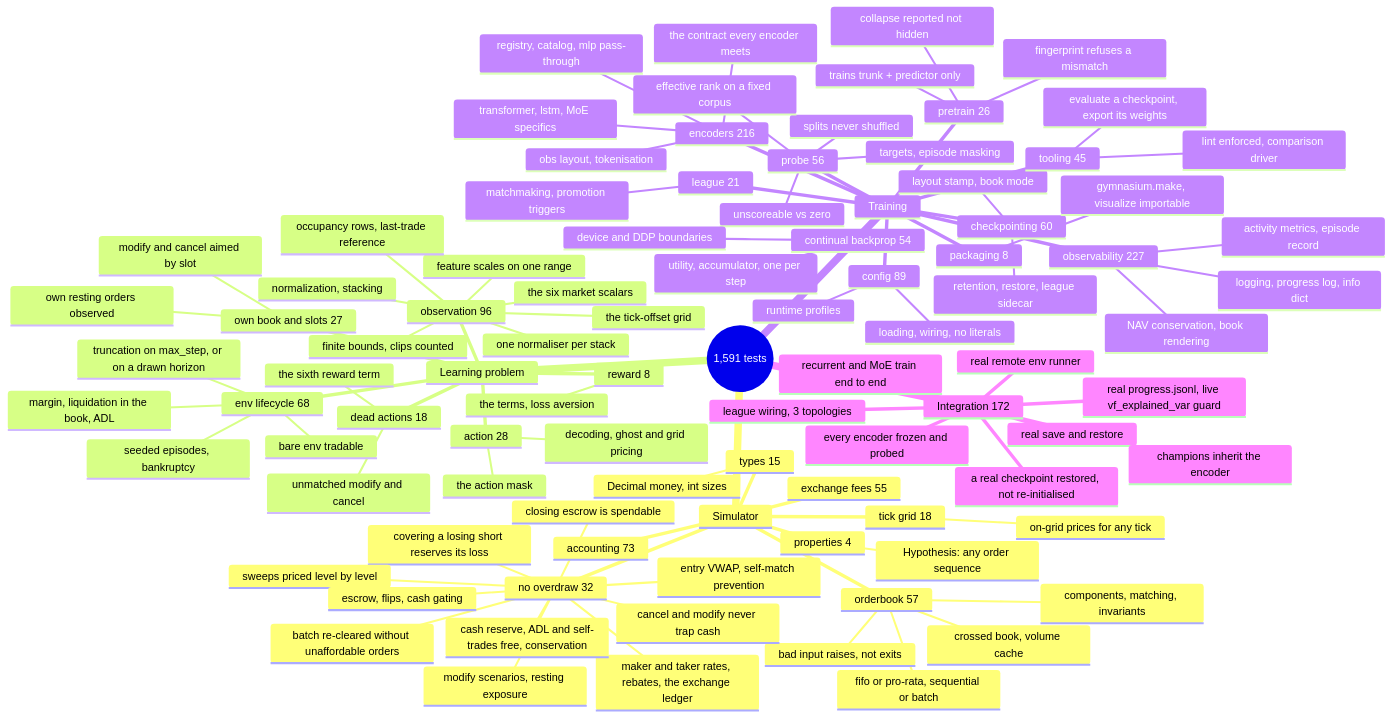
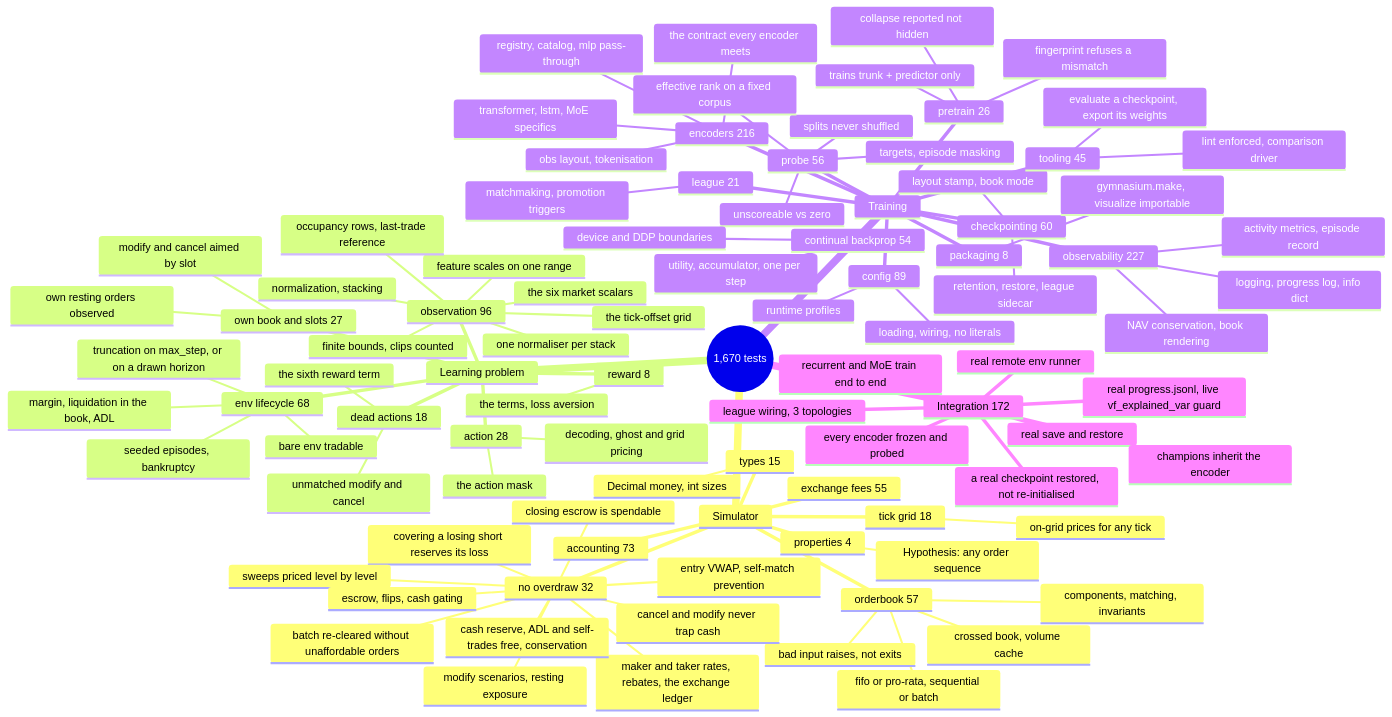
The diagram in doc/10_testing.md (ChuaCheowHuan/gym-continuousDoubleAuction), drawn with Mermaid before and after one commit. The commit also changed other lines of this file and 7 other files, not shown here.

````diff
--- a/doc/10_testing.md
+++ b/doc/10_testing.md
@@ -150,6 +152,6 @@
 ```mermaid
 mindmap
-  root((1,591 tests))
+  root((1,670 tests))
     Simulator
       orderbook 57
         components, matching, invariants
````
